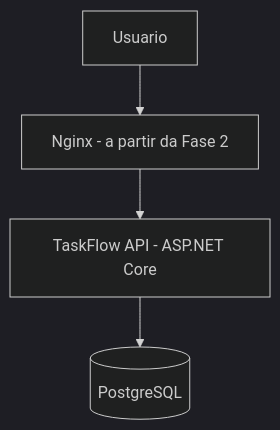
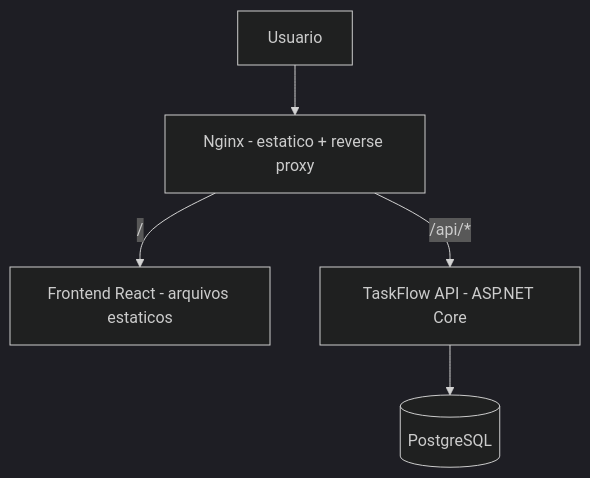
Before and after one commit to Vinicius-Souza-Rodrigues/taskflow-react-aspnet: the first of 2 diagrams in ARCHITECTURE.md, drawn with Mermaid (dark theme). The commit also changed other lines of this file and 45 other files, not shown here.

````diff
--- a/ARCHITECTURE.md
+++ b/ARCHITECTURE.md
@@ -14,6 +18,7 @@
 ```mermaid
 graph TD
-    User[Usuario] --> Nginx[Nginx - a partir da Fase 2]
-    Nginx --> Api[TaskFlow API - ASP.NET Core]
+    User[Usuario] --> Nginx[Nginx - estatico + reverse proxy]
+    Nginx -->|"/"| Static[Frontend React - arquivos estaticos]
+    Nginx -->|"/api/*"| Api[TaskFlow API - ASP.NET Core]
     Api --> Db[(PostgreSQL)]
 ```
````
